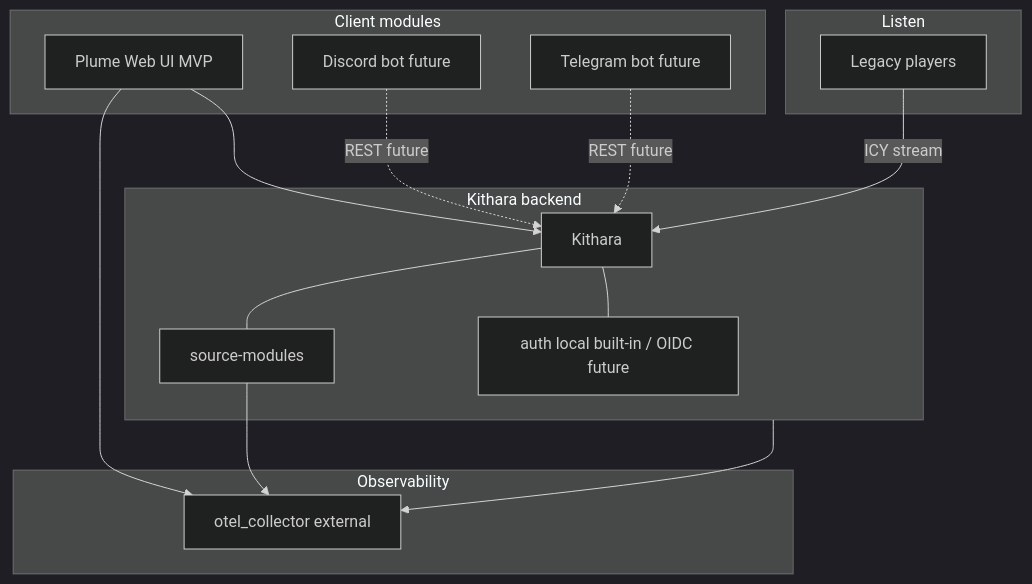
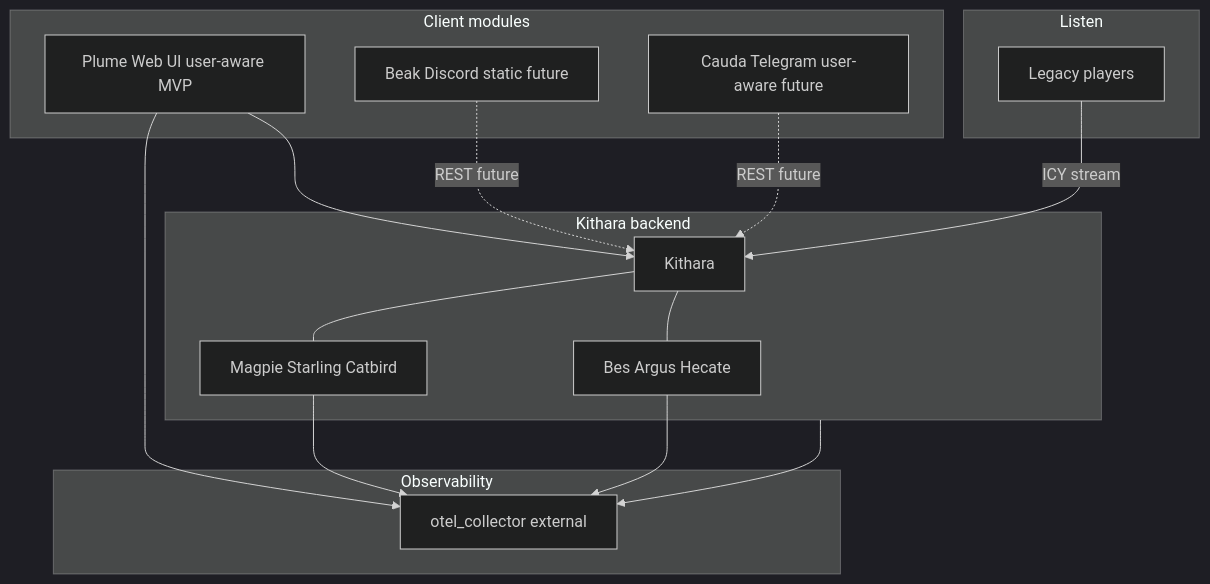
Before and after one commit to Bardie-radio/.github: the diagram in profile/docs/architecture/03-component-landscape.md, drawn with Mermaid (dark theme). The commit also changed other lines of this file and 11 other files, not shown here.

````diff
--- a/profile/docs/architecture/03-component-landscape.md
+++ b/profile/docs/architecture/03-component-landscape.md
@@ -4,28 +4,29 @@
 ```mermaid
 flowchart TB
   subgraph client [Client modules]
-    Plume["Plume Web UI MVP"]
-    Discord["Discord bot future"]
-    Telegram["Telegram bot future"]
+    Plume["Plume Web UI user-aware MVP"]
+    Beak["Beak Discord static future"]
+    Cauda["Cauda Telegram user-aware future"]
   end
   subgraph listen [Listen]
     Players[Legacy players]
   end
   subgraph backend [Kithara backend]
     KitharaBox[Kithara]
-    src[source-modules]
-    auth["auth local built-in / OIDC future"]
+    src["Magpie Starling Catbird"]
+    auth["Bes Argus Hecate"]
     KitharaBox --- src
     KitharaBox --- auth
   end
   subgraph observe [Observability]
     OTel[otel_collector external]
   end
   Plume --> KitharaBox
-  Discord -.->|REST future| KitharaBox
-  Telegram -.->|REST future| KitharaBox
+  Beak -.->|REST future| KitharaBox
+  Cauda -.->|REST future| KitharaBox
   Players -->|ICY stream| KitharaBox
   backend --> OTel
   Plume --> OTel
   src --> OTel
+  auth --> OTel
 ```
````
